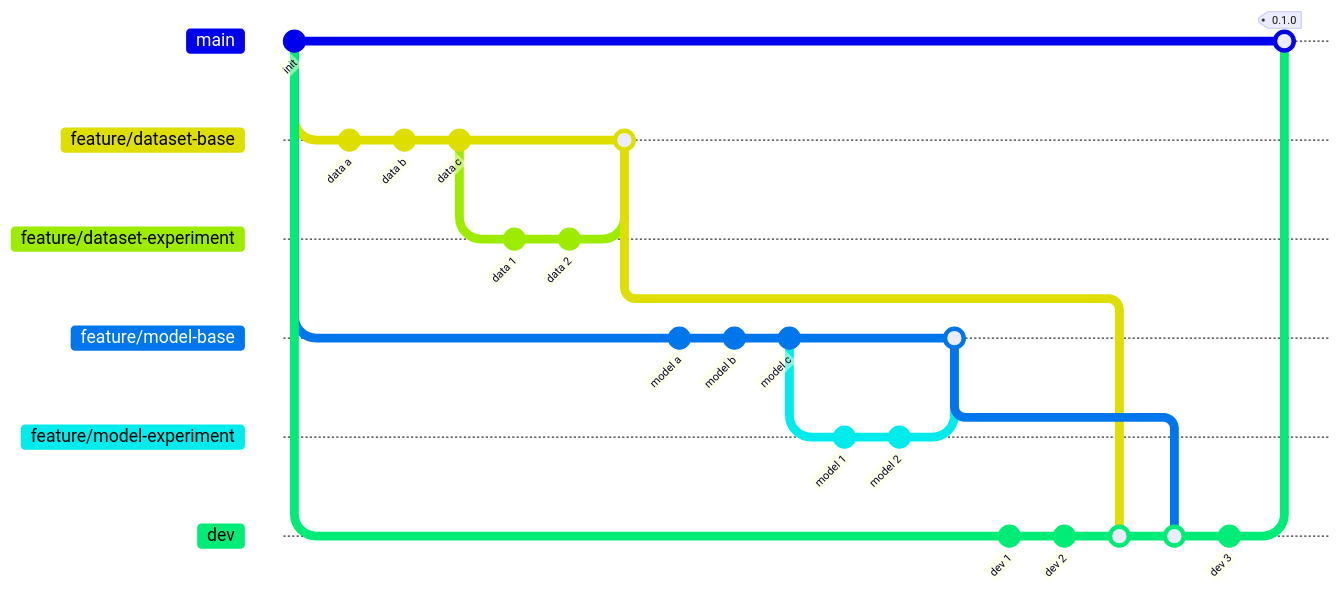
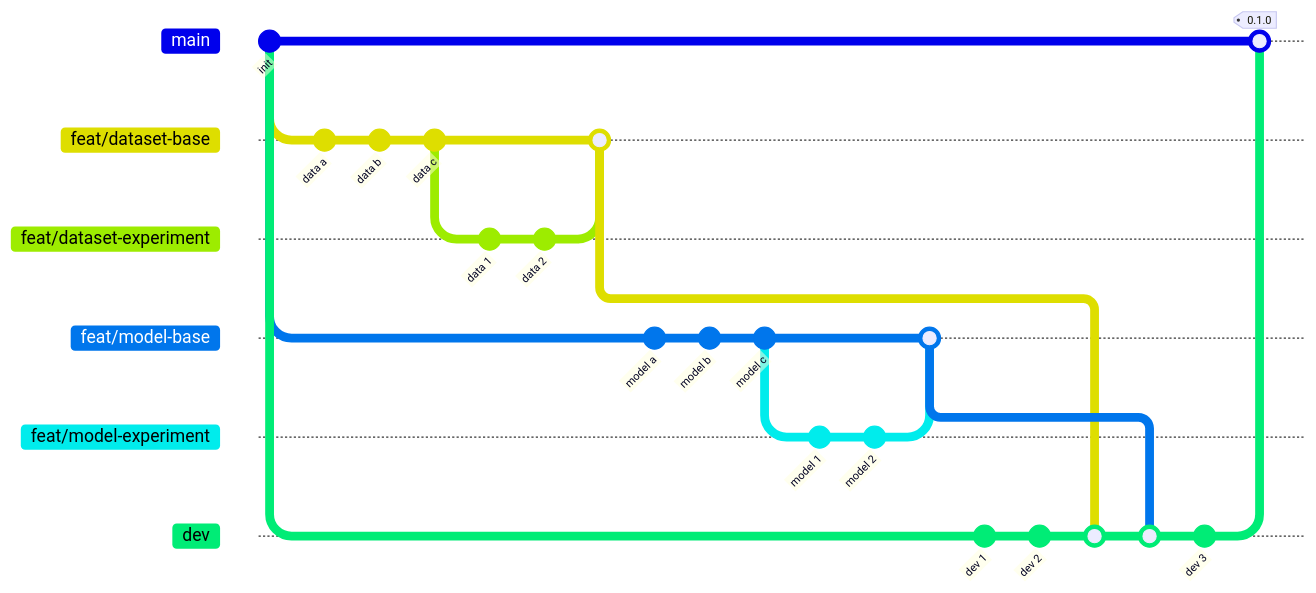
Before and after one commit to hydra-drones/DroneRescue: the diagram in README.md, drawn with Mermaid.

````diff
--- a/README.md
+++ b/README.md
@@ -33,51 +33,51 @@
 ```mermaid
 gitGraph
    commit id: "init"
 
-   branch feature/dataset-base
-   checkout feature/dataset-base
+   branch feat/dataset-base
+   checkout feat/dataset-base
    commit id: "data a"
    commit id: "data b"
    commit id: "data c"
 
-   branch feature/dataset-experiment
-   checkout feature/dataset-experiment
+   branch feat/dataset-experiment
+   checkout feat/dataset-experiment
    commit id: "data 1"
    commit id: "data 2"
-   checkout feature/dataset-base
-   merge feature/dataset-experiment
+   checkout feat/dataset-base
+   merge feat/dataset-experiment
 
    checkout main
 
-   branch feature/model-base
-   checkout feature/model-base
+   branch feat/model-base
+   checkout feat/model-base
    commit id: "model a"
    commit id: "model b"
    commit id: "model c"
 
-   branch feature/model-experiment
-   checkout feature/model-experiment
+   branch feat/model-experiment
+   checkout feat/model-experiment
    commit id: "model 1"
    commit id: "model 2"
-   checkout feature/model-base
-   merge feature/model-experiment
+   checkout feat/model-base
+   merge feat/model-experiment
 
    checkout main
 
    branch dev
    checkout dev
    commit id: "dev 1"
    commit id: "dev 2"
 
-   checkout feature/dataset-base
+   checkout feat/dataset-base
    checkout dev
-   merge feature/dataset-base
+   merge feat/dataset-base
 
-   checkout feature/model-base
+   checkout feat/model-base
    checkout dev
-   merge feature/model-base
+   merge feat/model-base
    commit id: "dev 3"
 
    checkout main
    merge dev tag: "0.1.0"
 ```
````
